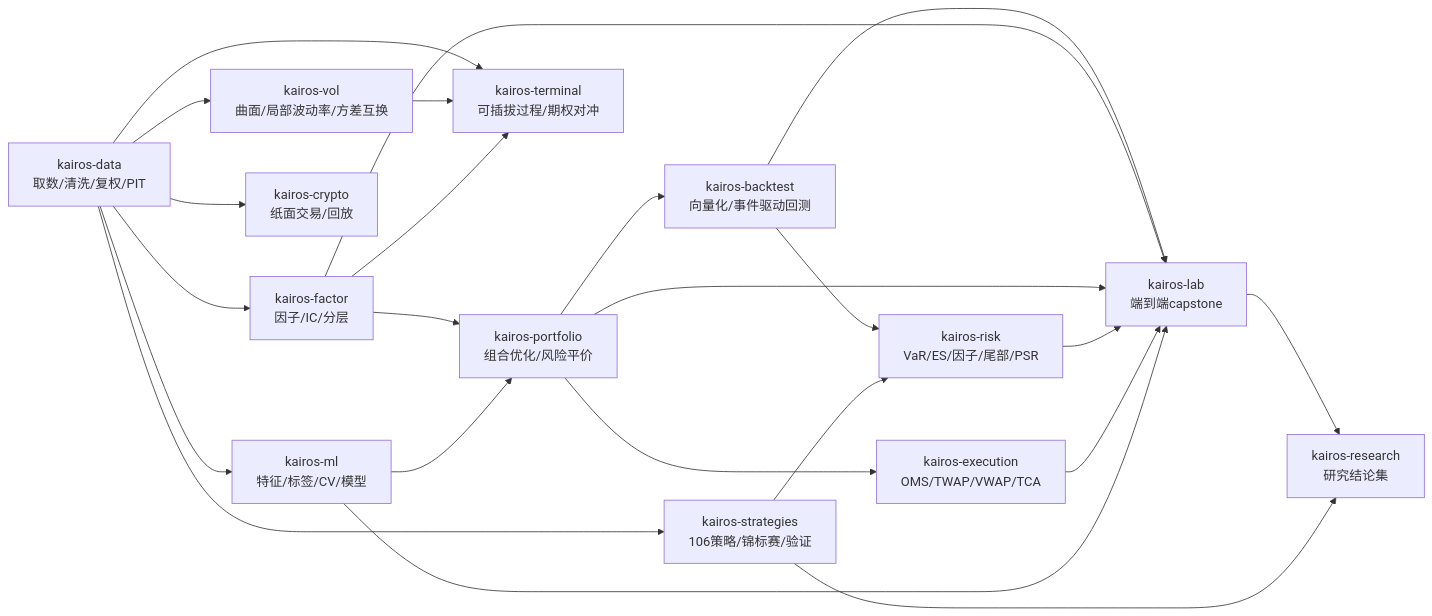
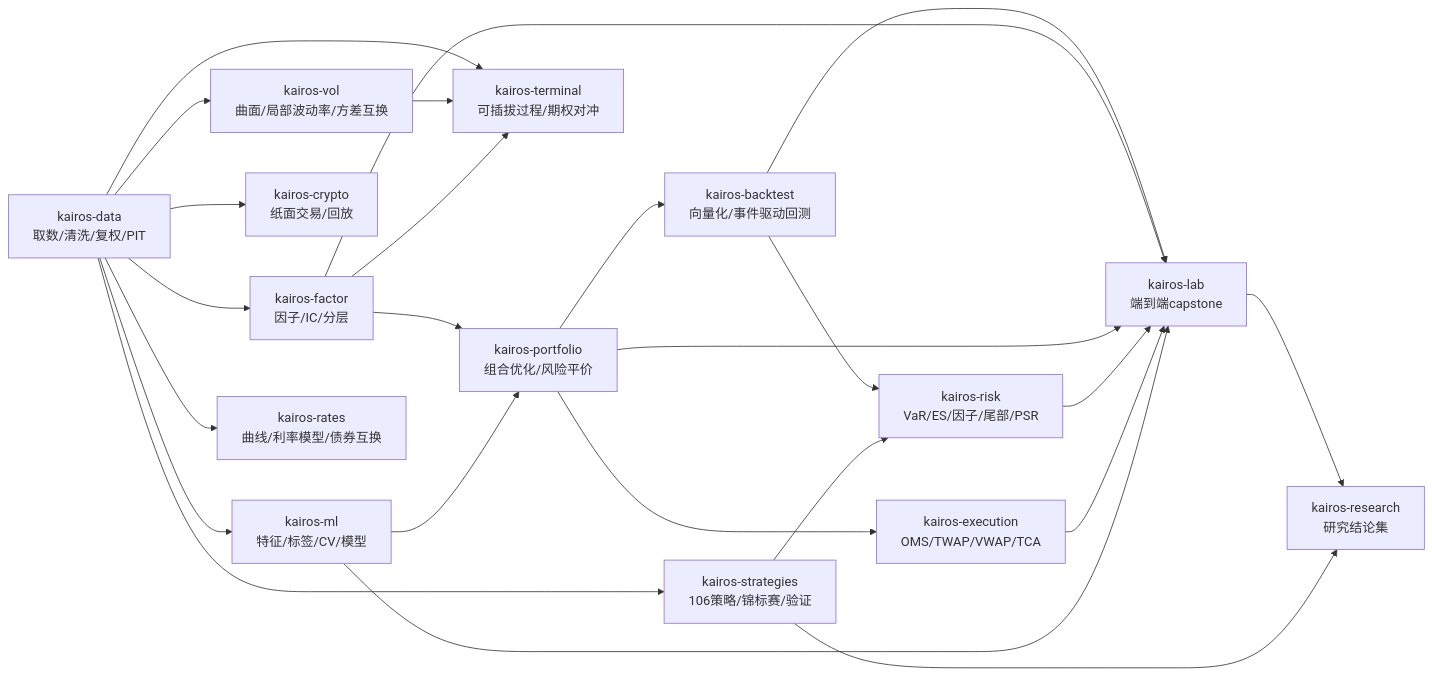
The diagram in README.md (Bruce848647703/kairos), drawn with Mermaid before and after one commit. The commit also changed other lines of this file, not shown here.

First line of the commit message:
docs: 收录 kairos-rates（14 个项目 / 1888 测试 / 9 层）

````diff
--- a/README.md
+++ b/README.md
@@ -74,25 +81,26 @@
 ```mermaid
 flowchart LR
   D[kairos-data<br/>取数/清洗/复权/PIT] --> F[kairos-factor<br/>因子/IC/分层]
   D --> M[kairos-ml<br/>特征/标签/CV/模型]
   F --> P[kairos-portfolio<br/>组合优化/风险平价]
   M --> P
   P --> B[kairos-backtest<br/>向量化/事件驱动回测]
   D --> S[kairos-strategies<br/>106策略/锦标赛/验证]
   B --> R[kairos-risk<br/>VaR/ES/因子/尾部/PSR]
   S --> R
   P --> E[kairos-execution<br/>OMS/TWAP/VWAP/TCA]
   D --> C[kairos-crypto<br/>纸面交易/回放]
   D --> V[kairos-vol<br/>曲面/局部波动率/方差互换]
+  D --> Y[kairos-rates<br/>曲线/利率模型/债券互换]
   D --> T[kairos-terminal<br/>可插拔过程/期权对冲]
   V --> T
   F --> T
   B --> L[kairos-lab<br/>端到端capstone]
   F --> L
   P --> L
   R --> L
   E --> L
   M --> L
   L --> RS[kairos-research<br/>研究结论集]
   S --> RS
 ```
````
